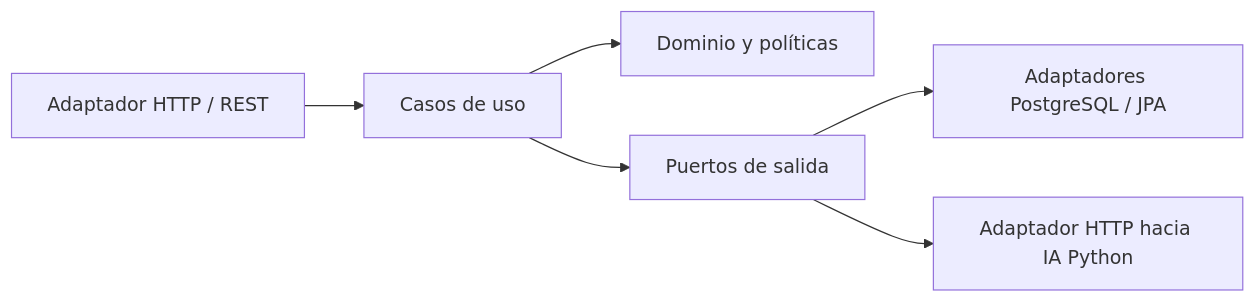
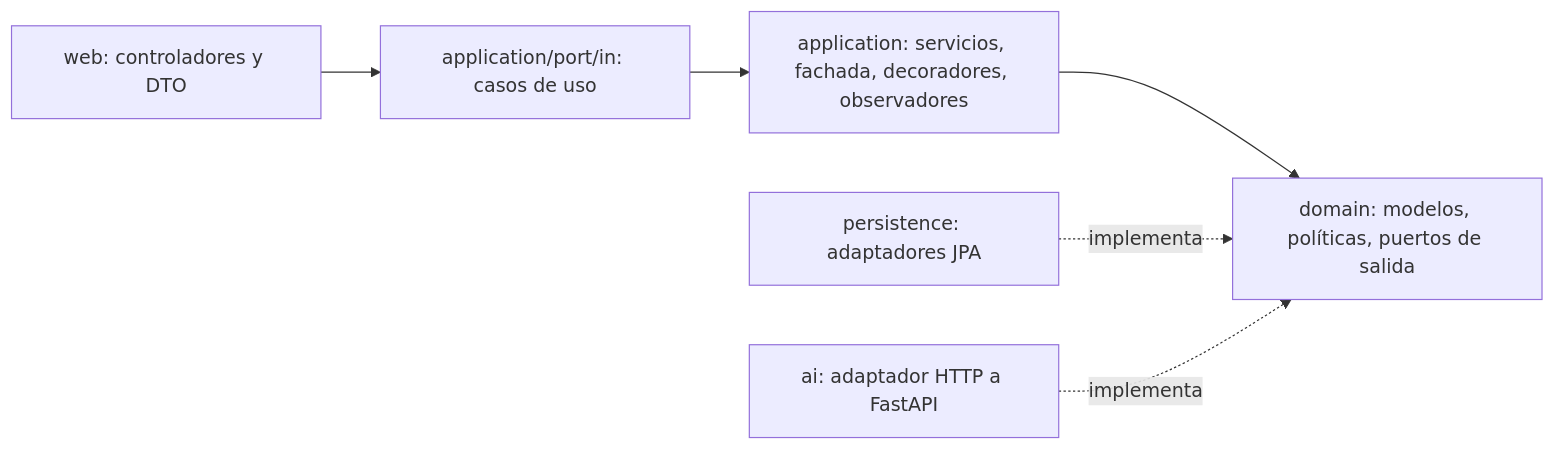
The diagram in README.md (danielchauxgcampusucceduco/campusnexo-backend), drawn with Mermaid before and after one commit. The commit also changed other lines of this file and 4 other files, not shown here.

````diff
--- a/README.md
+++ b/README.md
@@ -9,8 +17,8 @@
 ```mermaid
 flowchart LR
-    http[Adaptador HTTP / REST] --> usecases[Casos de uso]
-    usecases --> domain[Dominio y políticas]
-    usecases --> ports[Puertos de salida]
-    ports --> jpa[Adaptadores PostgreSQL / JPA]
-    ports --> ai[Adaptador HTTP hacia IA Python]
+    web[web: controladores y DTO] --> in[application/port/in: casos de uso]
+    in --> app[application: servicios, fachada, decoradores, observadores]
+    app --> domain[domain: modelos, políticas, puertos de salida]
+    jpa[persistence: adaptadores JPA] -.implementa.-> domain
+    ai[ai: adaptador HTTP a FastAPI] -.implementa.-> domain
 ```
````
